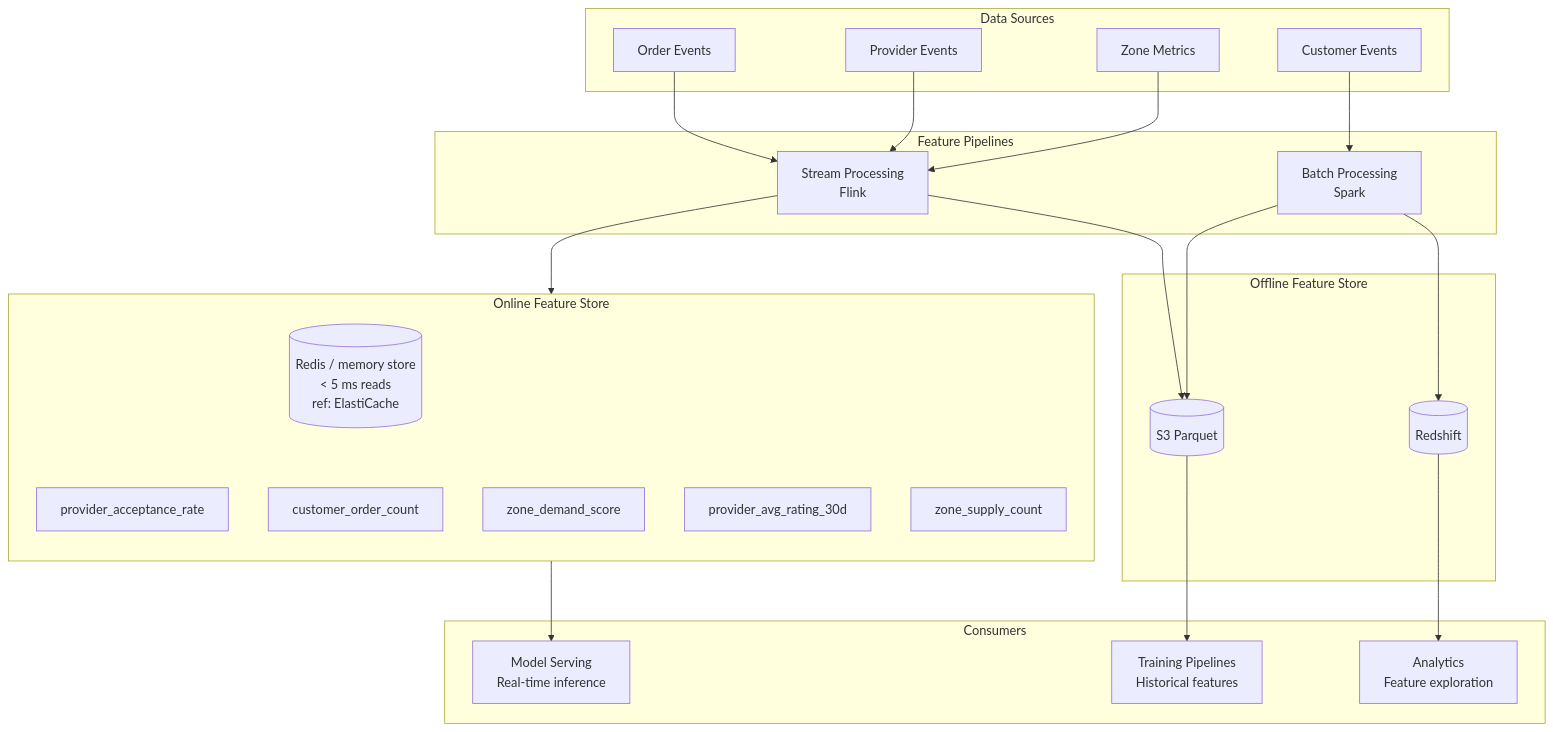
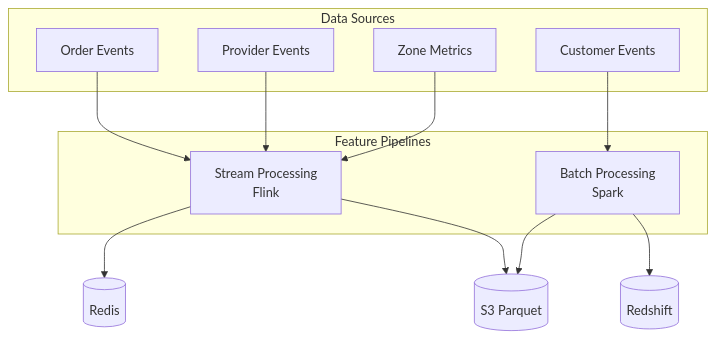
The fourth of 9 diagrams in 10-ai-ml-platform/01-ml-platform.md (rishikeshdhokare/platform-manifesto), drawn with Mermaid before and after one commit. The commit also changed other lines of this file and 14 other files, not shown here.

````diff
--- a/10-ai-ml-platform/01-ml-platform.md
+++ b/10-ai-ml-platform/01-ml-platform.md
@@ -155,52 +165,27 @@
 ```mermaid
 flowchart TB
-    subgraph sources [Data Sources]
-        Orders[Order Events]
-        Providers[Provider Events]
-        Customers[Customer Events]
-        Zones[Zone Metrics]
+    subgraph sources ["Data Sources"]
+        Orders["Order Events"]
+        Providers["Provider Events"]
+        Customers["Customer Events"]
+        Zones["Zone Metrics"]
     end
 
-    subgraph pipeline [Feature Pipelines]
-        Stream[Stream Processing<br/>Flink]
-        Batch[Batch Processing<br/>Spark]
+    subgraph pipeline ["Feature Pipelines"]
+        Stream["Stream Processing<br/>Flink"]
+        Batch["Batch Processing<br/>Spark"]
     end
 
-    subgraph online [Online Feature Store]
-        Redis[(Redis / memory store<br/>< 5 ms reads<br/>ref: ElastiCache)]
-        direction TB
-        F1[provider_acceptance_rate]
-        F2[customer_order_count]
-        F3[zone_demand_score]
-        F4[provider_avg_rating_30d]
-        F5[zone_supply_count]
-    end
-
-    subgraph offline [Offline Feature Store]
-        S3[(S3 Parquet)]
-        RS[(Redshift)]
-    end
-
-    subgraph consumers [Consumers]
-        Serving[Model Serving<br/>Real-time inference]
-        Training[Training Pipelines<br/>Historical features]
-        Analytics[Analytics<br/>Feature exploration]
-    end
+    Redis[("Redis")]
+    S3[("S3 Parquet")]
+    RS[("Redshift")]
 
     Orders --> Stream
     Providers --> Stream
     Customers --> Batch
     Zones --> Stream
     Stream --> Redis
     Stream --> S3
     Batch --> S3
     Batch --> RS
-    Redis --> Serving
-    S3 --> Training
-    RS --> Analytics
-
-    Redis ~~~ F1
-    Redis ~~~ F2
-    Redis ~~~ F3
-
 ```
````
